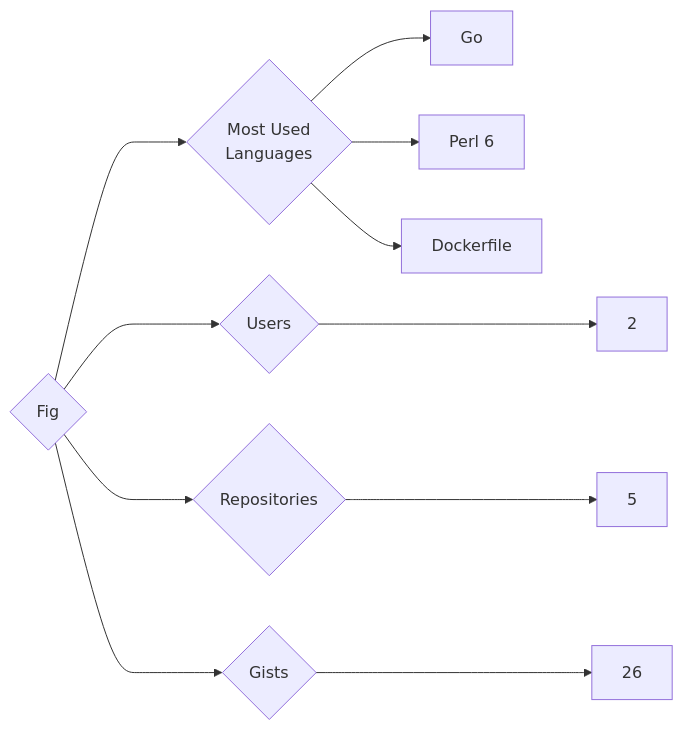
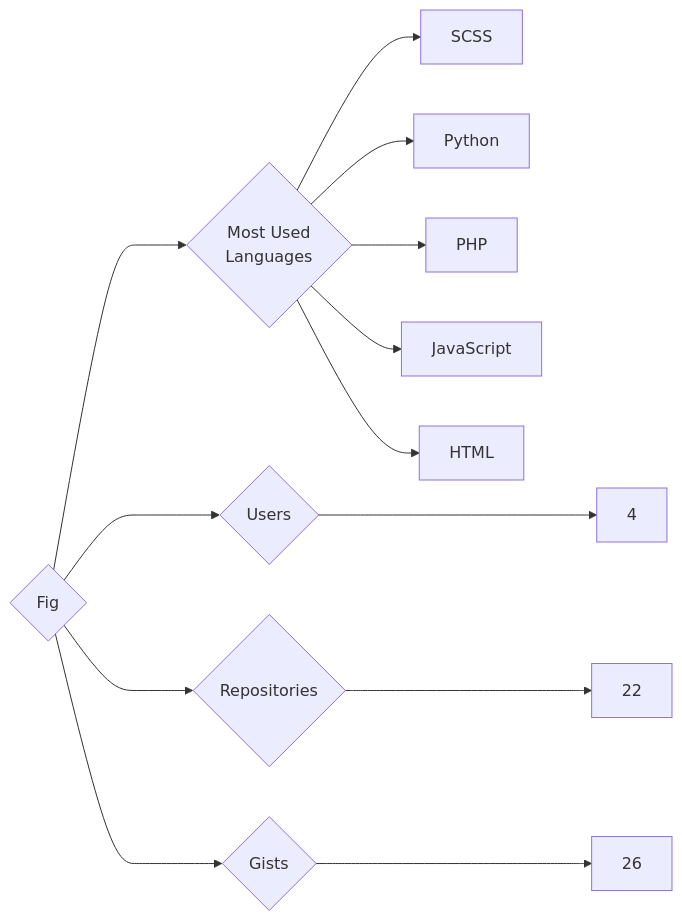
One commit to trickest/insiders changed the diagram in targets/Fig/README.md. Above: the diagram before and after it, drawn with Mermaid. The commit also changed 1036 other files, not shown here.

````diff
--- a/targets/Fig/README.md
+++ b/targets/Fig/README.md
@@ -3,11 +3,13 @@
 ```mermaid
 graph LR
 COMPANY_NAME{Fig}
-COMPANY_NAME ---> U{Users} ---> UN[2]
-COMPANY_NAME ---> R{Repositories} ---> RN[5]
+COMPANY_NAME ---> U{Users} ---> UN[4]
+COMPANY_NAME ---> R{Repositories} ---> RN[22]
 COMPANY_NAME ---> G{Gists} ---> GN[26]
 COMPANY_NAME ---> ML{Most Used<br>Languages}
-ML --> Go[Go]
-ML --> Perl_6[Perl 6]
-ML --> Dockerfile[Dockerfile]
+ML --> SCSS[SCSS]
+ML --> Python[Python]
+ML --> PHP[PHP]
+ML --> JavaScript[JavaScript]
+ML --> HTML[HTML]
 ```
````
